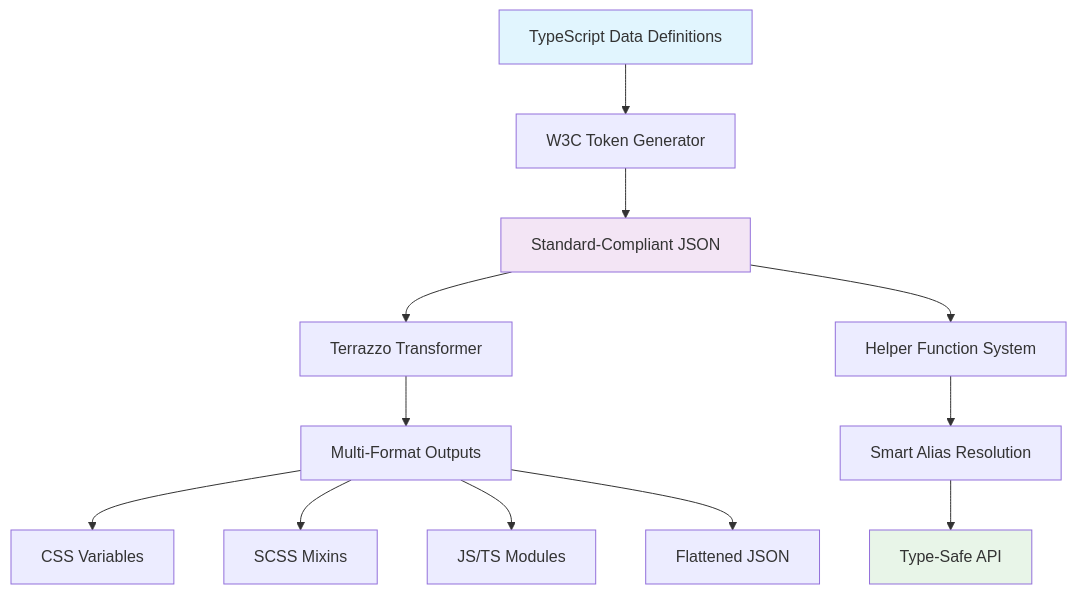
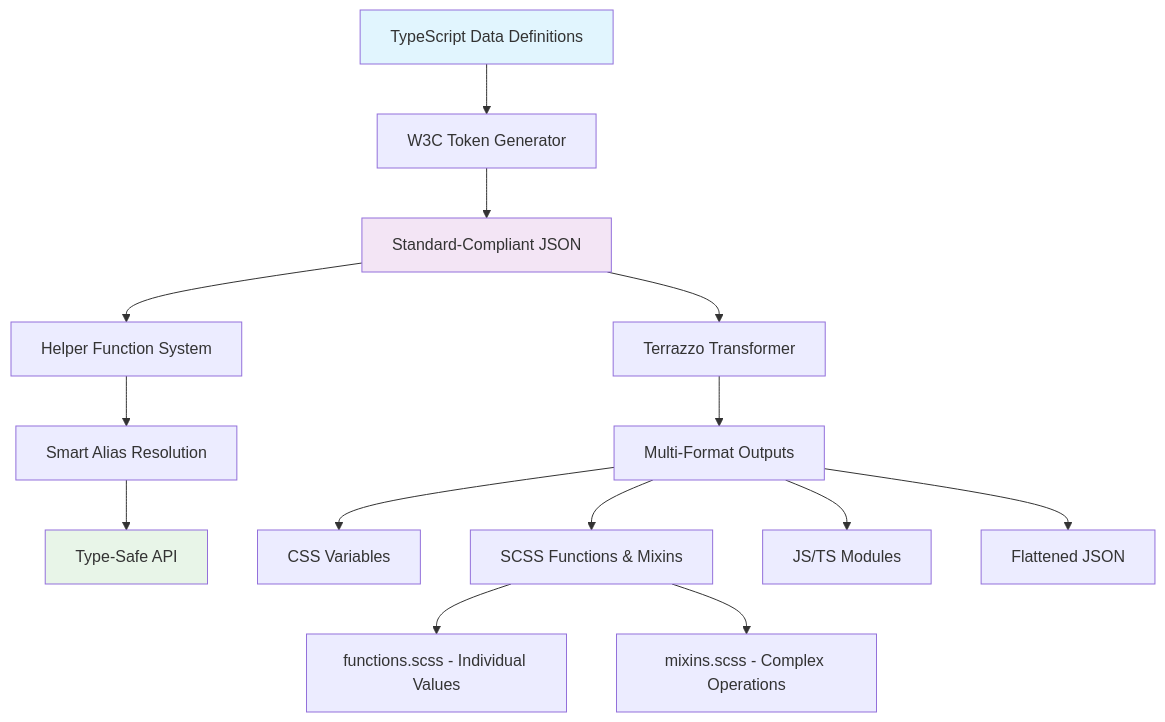
Before and after one commit to choice-form/design-tokens: the diagram in README.md, drawn with Mermaid. The commit also changed other lines of this file and 192 other files, not shown here.

````diff
--- a/README.md
+++ b/README.md
@@ -77,20 +128,23 @@
 ```mermaid
 graph TB
     A["TypeScript Data Definitions"] --> B["W3C Token Generator"]
     B --> C["Standard-Compliant JSON"]
     C --> D["Terrazzo Transformer"]
     D --> E["Multi-Format Outputs"]
 
     F["Helper Function System"] --> G["Smart Alias Resolution"]
     G --> H["Type-Safe API"]
 
     C --> F
     E --> I["CSS Variables"]
-    E --> J["SCSS Mixins"]
+    E --> J["SCSS Functions & Mixins"]
     E --> K["JS/TS Modules"]
     E --> L["Flattened JSON"]
+
+    J --> M["functions.scss - Individual Values"]
+    J --> N["mixins.scss - Complex Operations"]
 
     style A fill:#e1f5fe
     style C fill:#f3e5f5
     style H fill:#e8f5e8
 ```
````
